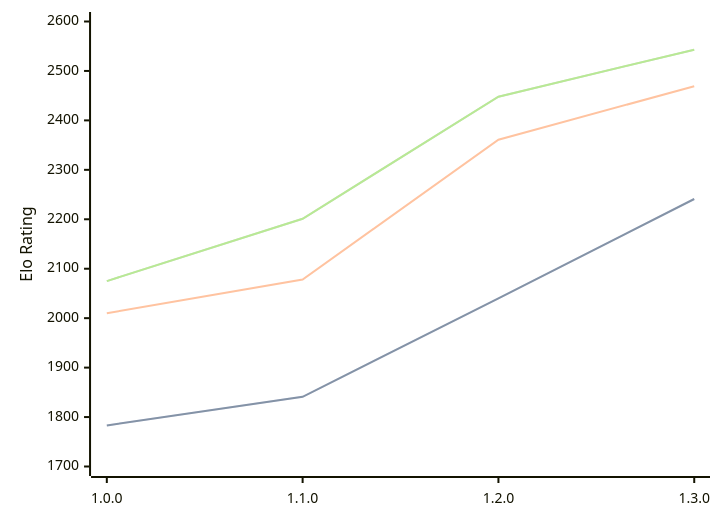
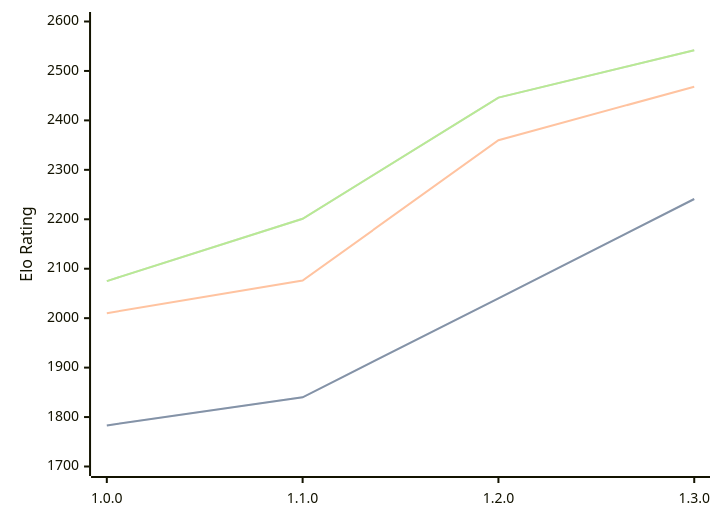
The diagram in engines/Anodos.md (computer-chess-index/cci), drawn with Mermaid before and after one commit. The commit also changed other lines of this file, not shown here.

Commit message:
Update CCI Ratings (ELO VLTC) - 2026-03-01

````diff
--- a/engines/Anodos.md
+++ b/engines/Anodos.md
@@ -43,11 +43,11 @@
 ```mermaid
 %%{init: {"theme":"base","themeVariables":{"seriesColors:['#a3a3a3','#222221','#faa371']}}}%%
 xychart-beta
   x-axis ["1.0.0", "1.1.0", "1.2.0", "1.3.0"]
   y-axis "Elo Rating" 1700 --> 2600
-  line "STC (8.0+0.08s)" [1783, 1841, 2040, 2241]
-  line "STC (8.0+0.08s)" [1783, 1841, 2040, 2241]
-  line "LTC (60.0+0.60s)" [2010, 2078, 2361, 2469]
-  line "VLTC (2m24s+1.12s)" [2075, 2201, 2448, 2543]
-  line "VLTC (2m24s+1.12s)" [2075, 2201, 2448, 2543]
+  line "STC (8.0+0.08s)" [1783, 1840, 2040, 2241]
+  line "STC (8.0+0.08s)" [1783, 1840, 2040, 2241]
+  line "LTC (60.0+0.60s)" [2010, 2076, 2360, 2468]
+  line "VLTC (2m24s+1.12s)" [2075, 2201, 2446, 2542]
+  line "VLTC (2m24s+1.12s)" [2075, 2201, 2446, 2542]
 ```
````
